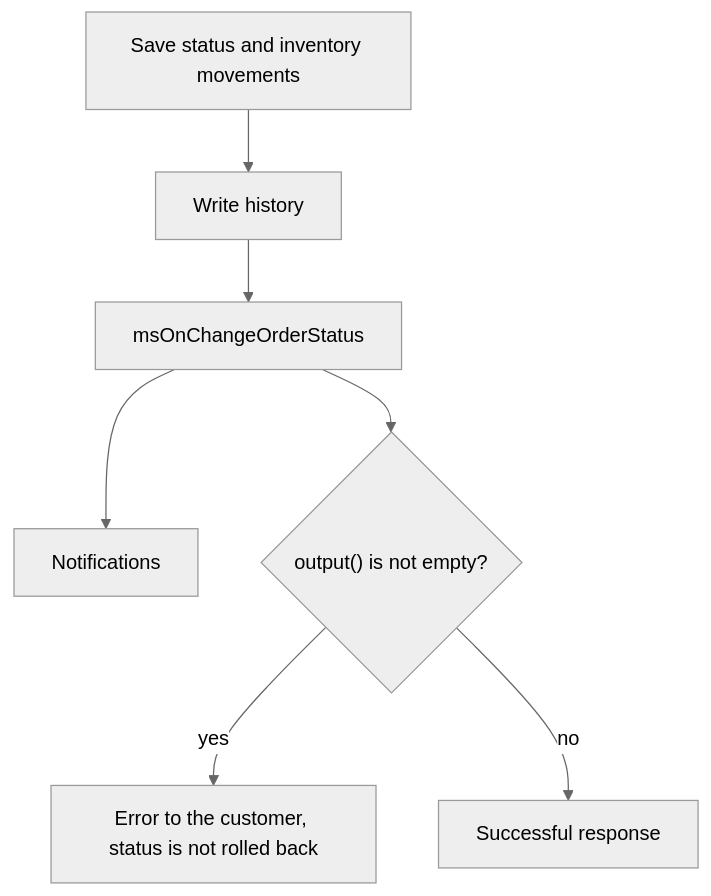
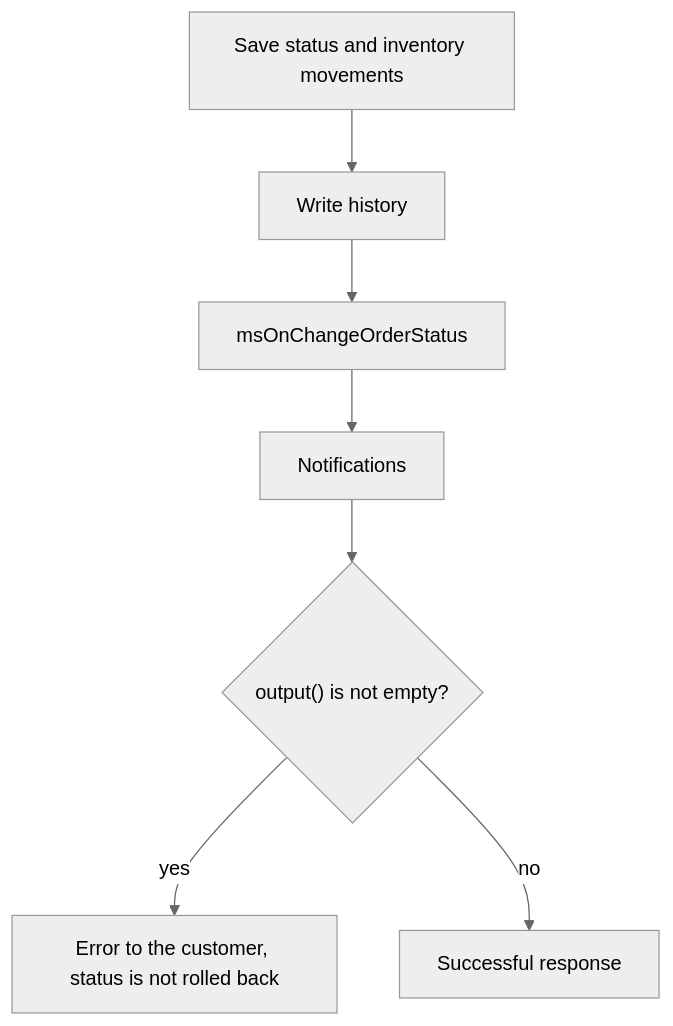
One commit to modx-pro/Docs changed the diagram in docs/en/components/minishop3/development/events/status.md. Above: the diagram before and after it, drawn with Mermaid (neutral theme). The commit also changed 2 other files, not shown here.

Commit message:
docs(minishop3): синхронизировать английские events plugins-guide, status и order

````diff
--- a/docs/en/components/minishop3/development/events/status.md
+++ b/docs/en/components/minishop3/development/events/status.md
@@ -110,9 +110,9 @@
 ```mermaid
 flowchart TD
   save["Save status and inventory movements"] --> history["Write history"]
   history --> event["msOnChangeOrderStatus"]
   event --> notify["Notifications"]
-  event --> out{"output() is not empty?"}
+  notify --> out{"output() is not empty?"}
   out -->|yes| err["Error to the customer, status is not rolled back"]
   out -->|no| ok["Successful response"]
 ```
````
